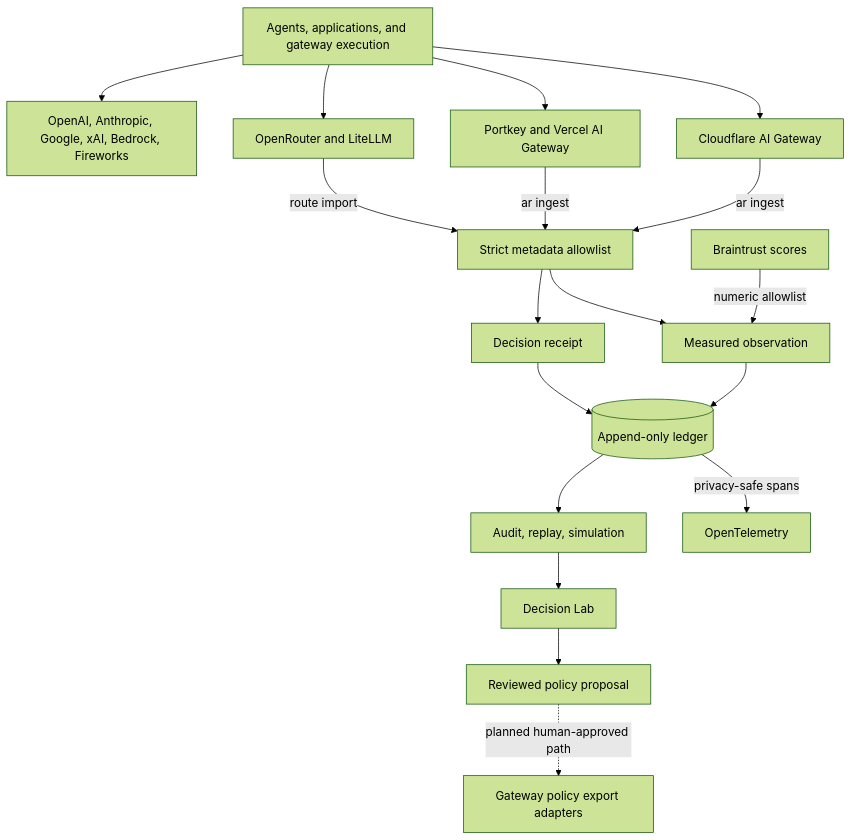
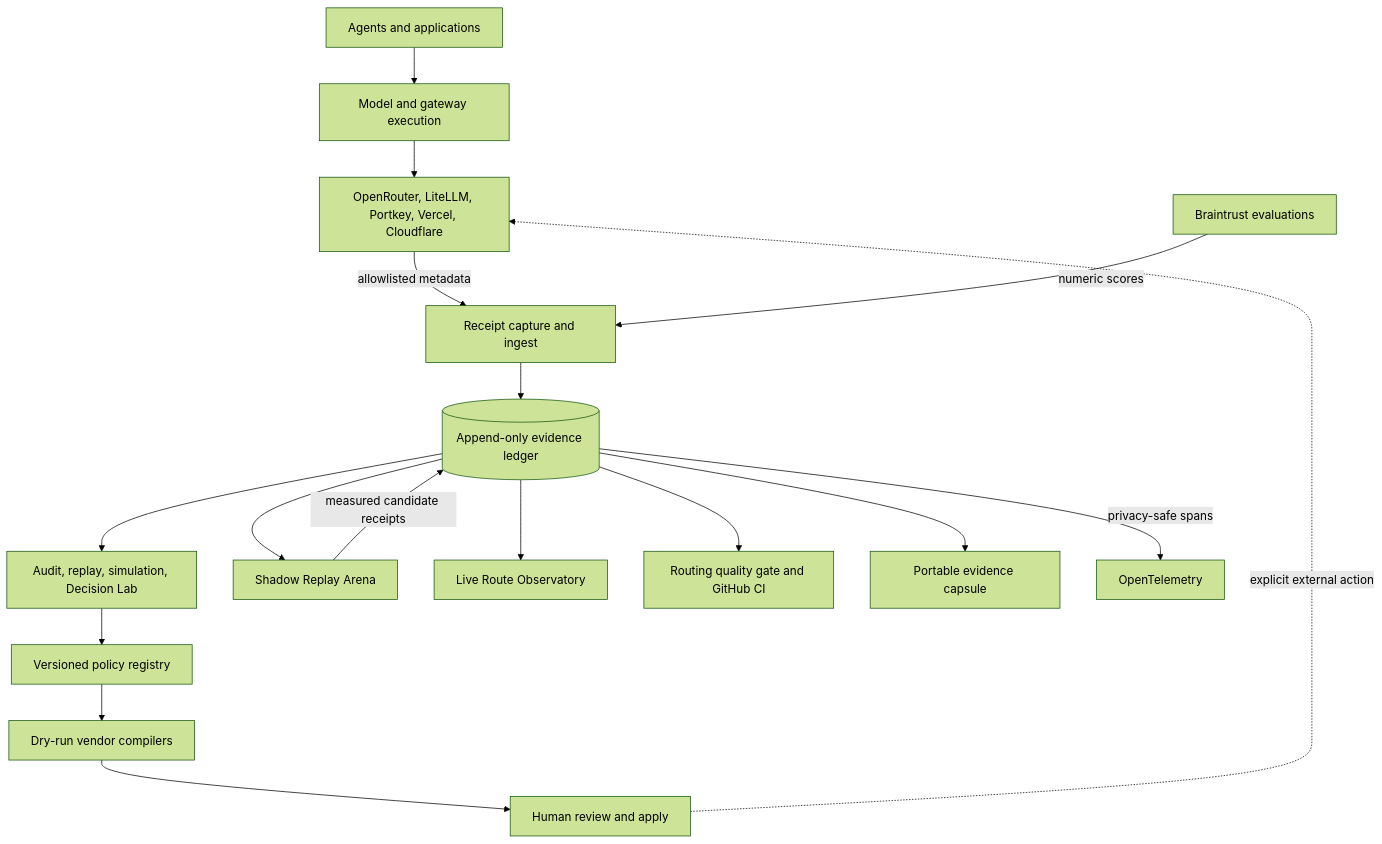
The diagram in docs/architecture.md (abhid1234/AgentRoute), drawn with Mermaid (forest theme) before and after one commit. The commit also changed other lines of this file and 14 other files, not shown here.

Commit message:
feat: integrate AgentRoute evidence workflows

````diff
--- a/docs/architecture.md
+++ b/docs/architecture.md
@@ -8,20 +8,19 @@
 ```mermaid
 flowchart TB
-  APP[Agents, applications, and gateway execution] --> PROVIDERS[OpenAI, Anthropic, Google, xAI, Bedrock, Fireworks]
-  APP --> ROUTERS[OpenRouter and LiteLLM]
-  APP --> CONTROL[Portkey and Vercel AI Gateway]
-  APP --> EDGE[Cloudflare AI Gateway]
-  ROUTERS -->|route import| ALLOW[Strict metadata allowlist]
-  CONTROL -->|ar ingest| ALLOW
-  EDGE -->|ar ingest| ALLOW
-  BRAIN[Braintrust scores] -->|numeric allowlist| OBSERVE
-  ALLOW --> DECISION[Decision receipt]
-  ALLOW --> OBSERVE[Measured observation]
-  DECISION --> LEDGER[(Append-only ledger)]
-  OBSERVE --> LEDGER
-  LEDGER --> ANALYZE[Audit, replay, simulation]
-  ANALYZE --> LAB[Decision Lab]
+  APP[Agents and applications] --> EXEC[Model and gateway execution]
+  EXEC --> SOURCES[OpenRouter, LiteLLM, Portkey, Vercel, Cloudflare]
+  SOURCES -->|allowlisted metadata| CAPTURE[Receipt capture and ingest]
+  BRAIN[Braintrust evaluations] -->|numeric scores| CAPTURE
+  CAPTURE --> LEDGER[(Append-only evidence ledger)]
+  LEDGER --> ANALYZE[Audit, replay, simulation, Decision Lab]
+  LEDGER --> ARENA[Shadow Replay Arena]
+  ARENA -->|measured candidate receipts| LEDGER
+  LEDGER --> OBS[Live Route Observatory]
+  LEDGER --> GATE[Routing quality gate and GitHub CI]
+  LEDGER --> CAPSULE[Portable evidence capsule]
+  ANALYZE --> POLICY[Versioned policy registry]
+  POLICY --> COMPILE[Dry-run vendor compilers]
+  COMPILE --> REVIEW[Human review and apply]
+  REVIEW -. explicit external action .-> SOURCES
   LEDGER -->|privacy-safe spans| OTEL[OpenTelemetry]
-  LAB --> POLICY[Reviewed policy proposal]
-  POLICY -. planned human-approved path .-> EXPORT[Gateway policy export adapters]
 ```
````
